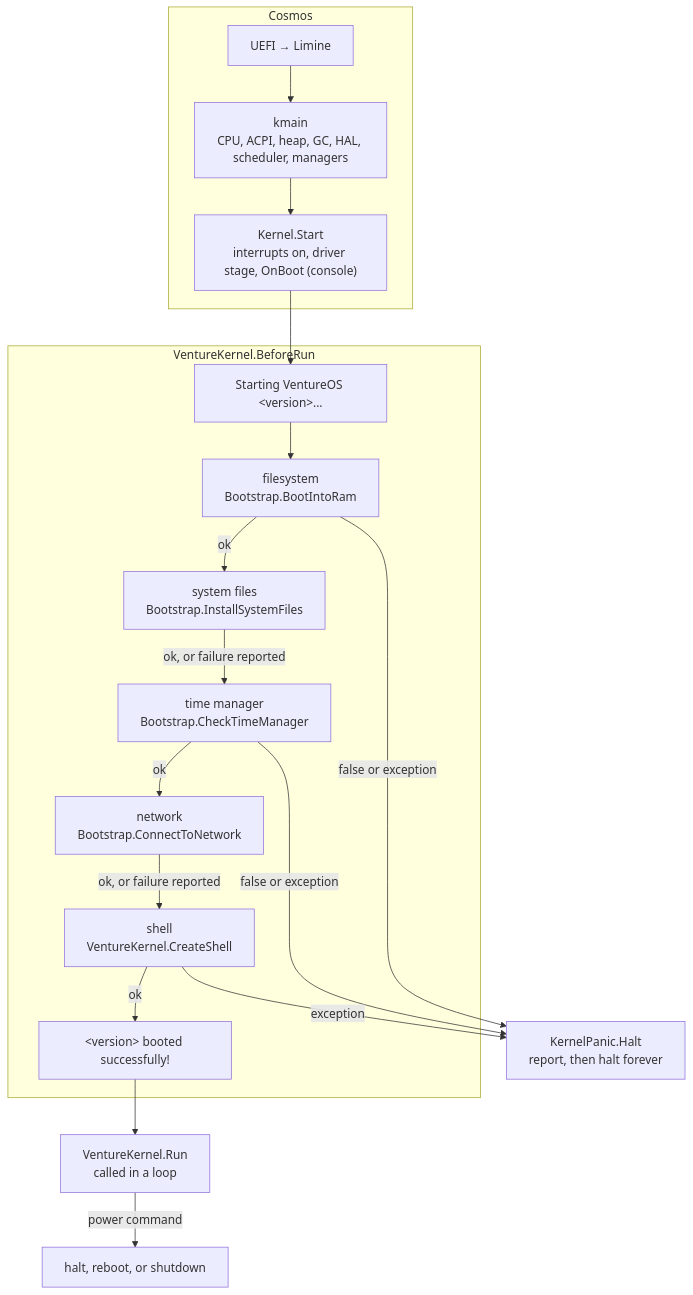
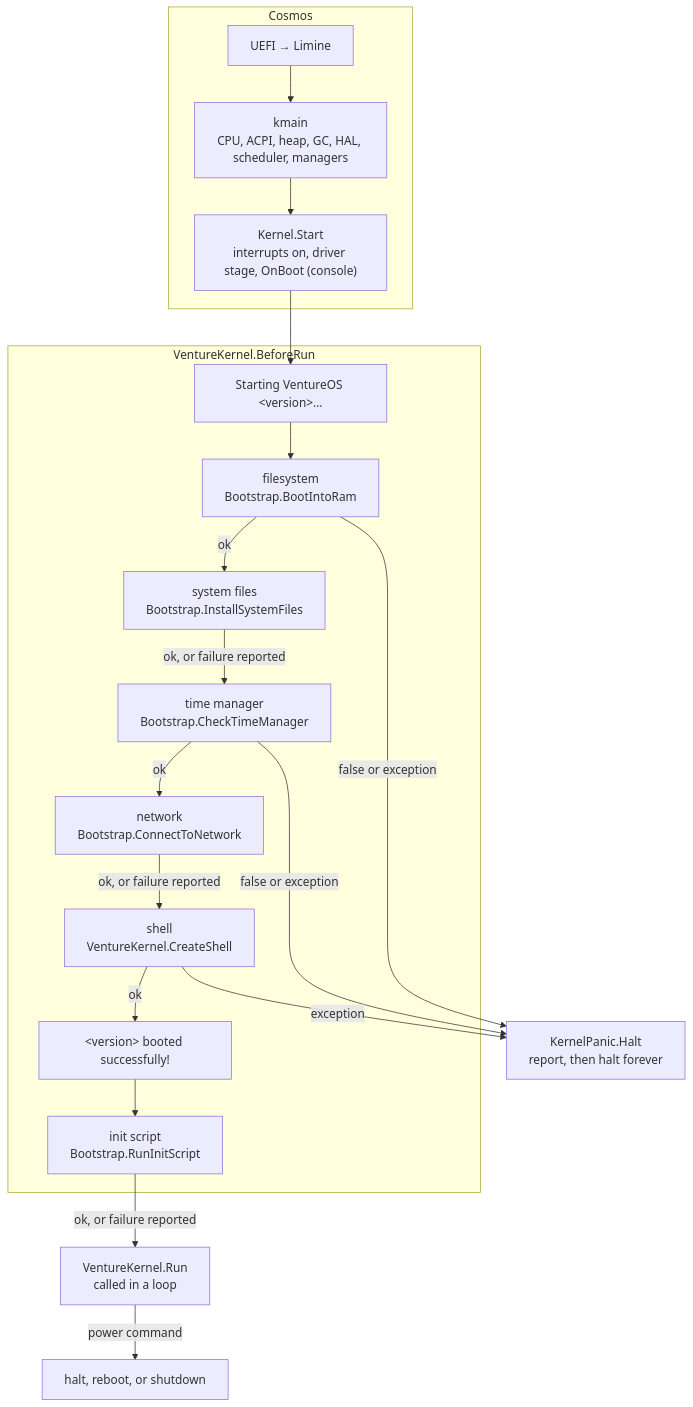
The second of 3 diagrams in docs/architecture.md (tonytins/VentureOS), drawn with Mermaid before and after one commit. The commit also changed other lines of this file and 9 other files, not shown here.

First line of the commit message:
Run /mnt/system/init.lua after boot (Illini phase 4)

````diff
--- a/docs/architecture.md
+++ b/docs/architecture.md
@@ -245,36 +245,38 @@
 ```mermaid
 flowchart TD
     subgraph Cosmos
         Firmware["UEFI → Limine"]
         Kmain["kmain<br/>CPU, ACPI, heap, GC, HAL, scheduler, managers"]
         Start["Kernel.Start<br/>interrupts on, driver stage, OnBoot (console)"]
         Firmware --> Kmain --> Start
     end
 
     subgraph BeforeRun["VentureKernel.BeforeRun"]
         Version["Starting VentureOS &lt;version&gt;..."]
         Fs["filesystem<br/>Bootstrap.BootIntoRam"]
         SysFiles["system files<br/>Bootstrap.InstallSystemFiles"]
         Timer["time manager<br/>Bootstrap.CheckTimeManager"]
         Net["network<br/>Bootstrap.ConnectToNetwork"]
         ShellStep["shell<br/>VentureKernel.CreateShell"]
         Banner["&lt;version&gt; booted successfully!"]
+        Init["init script<br/>Bootstrap.RunInitScript"]
         Version --> Fs
         Fs -- ok --> SysFiles
         SysFiles -- "ok, or failure reported" --> Timer
         Timer -- ok --> Net
         Net -- "ok, or failure reported" --> ShellStep
         ShellStep -- ok --> Banner
+        Banner --> Init
     end
 
     Panic["KernelPanic.Halt<br/>report, then halt forever"]
     Run["VentureKernel.Run<br/>called in a loop"]
     Halt["halt, reboot, or shutdown"]
 
     Start --> Version
     Fs -- "false or exception" --> Panic
     Timer -- "false or exception" --> Panic
     ShellStep -- exception --> Panic
-    Banner --> Run
+    Init -- "ok, or failure reported" --> Run
     Run -- "power command" --> Halt
 ```
````
